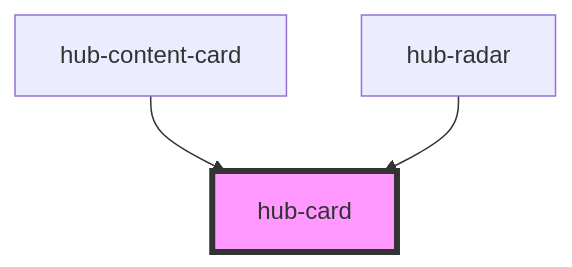
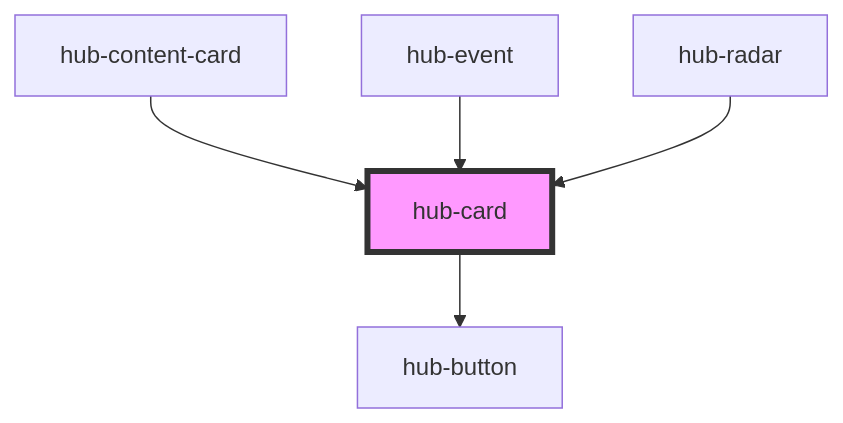
One commit to ajturner/proximity changed the diagram in src/components/hub-card/readme.md. Above: the diagram before and after it, drawn with Mermaid. The commit also changed other lines of this file and 23 other files, not shown here.

Commit message:
Changed event card to use hub card

````diff
--- a/src/components/hub-card/readme.md
+++ b/src/components/hub-card/readme.md
@@ -29,6 +36,8 @@
 ```mermaid
 graph TD;
+  hub-card --> hub-button
   hub-content-card --> hub-card
+  hub-event --> hub-card
   hub-radar --> hub-card
   style hub-card fill:#f9f,stroke:#333,stroke-width:4px
 ```
````
